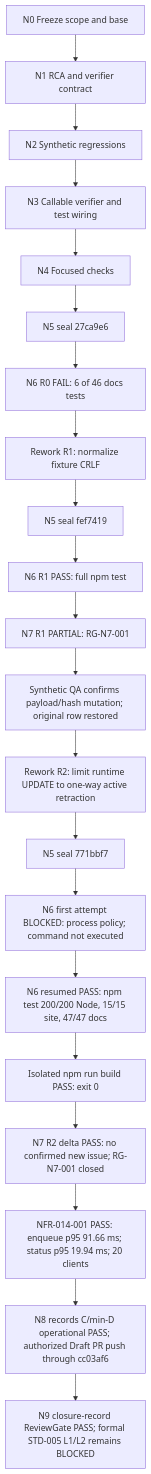
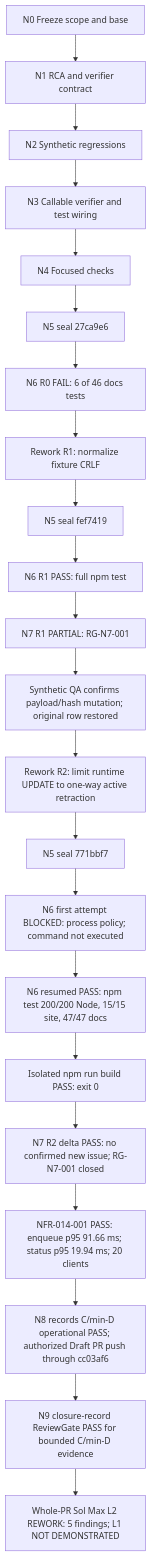
The diagram in docs/features/FEAT-014-visual-marketing-team/execution-dag.md (Freshair129/zuri-go), drawn with Mermaid before and after one commit. The commit also changed other lines of this file and 3 other files, not shown here.

Commit message:
docs: record FEAT-014 L2 findings and proposed R3 packet

````diff
--- a/docs/features/FEAT-014-visual-marketing-team/execution-dag.md
+++ b/docs/features/FEAT-014-visual-marketing-team/execution-dag.md
@@ -38,17 +39,18 @@
 ```mermaid
 flowchart TD
   N0["N0 Freeze scope and base"] --> N1["N1 RCA and verifier contract"]
   N1 --> N2["N2 Synthetic regressions"] --> N3["N3 Callable verifier and test wiring"] --> N4["N4 Focused checks"] --> S0["N5 seal 27ca9e6"]
   S0 --> G0["N6 R0 FAIL: 6 of 46 docs tests"]
   G0 --> R1["Rework R1: normalize fixture CRLF"] --> S1["N5 seal fef7419"]
   S1 --> G1["N6 R1 PASS: full npm test"] --> H1["N7 R1 PARTIAL: RG-N7-001"]
   H1 --> V1["Synthetic QA confirms payload/hash mutation; original row restored"]
   V1 --> R2["Rework R2: limit runtime UPDATE to one-way active retraction"] --> S2["N5 seal 771bbf7"]
   S2 --> G2a["N6 first attempt BLOCKED: process policy; command not executed"]
   G2a --> G2b["N6 resumed PASS: npm test 200/200 Node, 15/15 site, 47/47 docs"]
   G2b --> B2["Isolated npm run build PASS: exit 0"]
   B2 --> H2["N7 R2 delta PASS: no confirmed new issue; RG-N7-001 closed"]
   H2 --> Q1["NFR-014-001 PASS: enqueue p95 91.66 ms; status p95 19.94 ms; 20 clients"]
   Q1 --> N8["N8 records C/min-D operational PASS; authorized Draft PR push through cc03af6"]
-  N8 --> N9["N9 closure-record ReviewGate PASS; formal STD-005 L1/L2 remains BLOCKED"]
+  N8 --> N9["N9 closure-record ReviewGate PASS for bounded C/min-D evidence"]
+  N9 --> N10["Whole-PR Sol Max L2 REWORK: 5 findings; L1 NOT DEMONSTRATED"]
 ```
````
